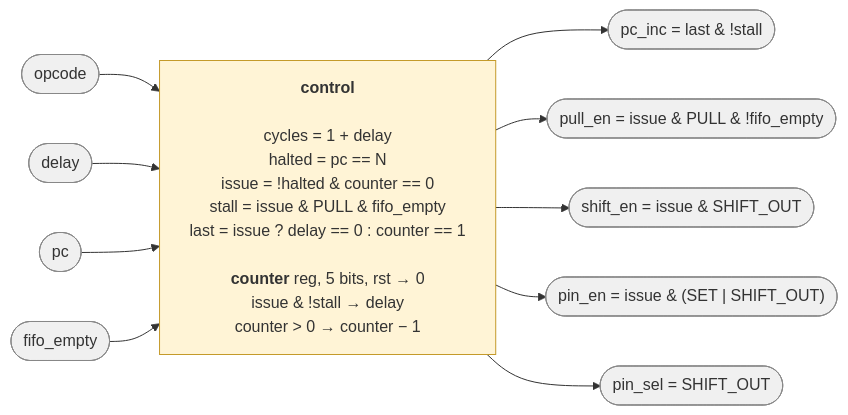
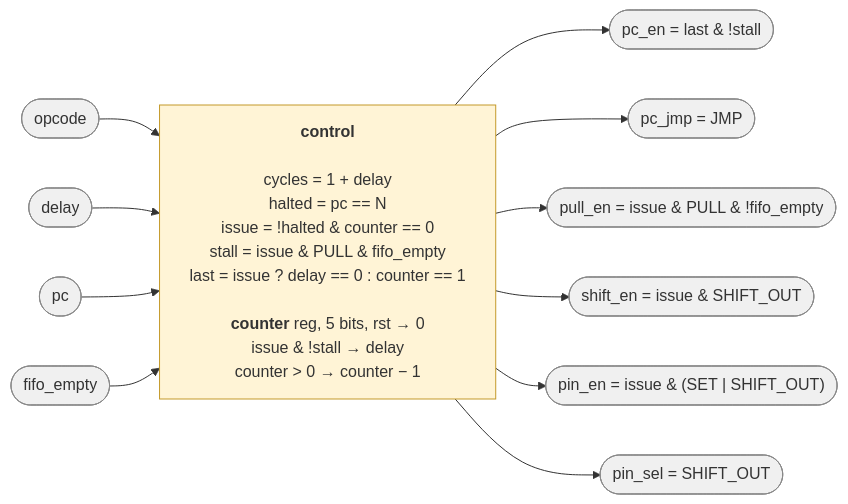
The diagram in docs/control.mmd (cshieldsce/smallcore), drawn with Mermaid before and after one commit. The commit also changed 11 other files, not shown here.

Commit message:
update diagrams for jmp

```diff
--- a/docs/control.mmd
+++ b/docs/control.mmd
@@ -1,30 +1,32 @@
 %%{init: {"flowchart": {"wrappingWidth": 420}}}%%
 %% The control block: what it reads, what it computes, what it drives. All combinational
 %% except the counter register. Signal names match core.svg.
 flowchart LR
   classDef sig fill:#f0f0f0,stroke:#888
   classDef reg fill:#dbe8ff,stroke:#4a6fa5
   classDef comb fill:#fff4d6,stroke:#c49a2a
 
   OPC(["opcode"]):::sig
   DLY(["delay"]):::sig
   PCV(["pc"]):::sig
   EMP(["fifo_empty"]):::sig
 
   CU["<b>control</b><br/><br/>cycles = 1 + delay<br/>halted = pc == N<br/>issue = !halted & counter == 0<br/>stall = issue & PULL & fifo_empty<br/>last = issue ? delay == 0 : counter == 1<br/><br/><b>counter</b> reg, 5 bits, rst → 0<br/>issue & !stall → delay<br/>counter > 0 → counter − 1"]:::comb
 
-  PCI(["pc_inc = last & !stall"]):::sig
+  PCI(["pc_en = last & !stall"]):::sig
+  PCJ(["pc_jmp = JMP"]):::sig
   PLE(["pull_en = issue & PULL & !fifo_empty"]):::sig
   SHE(["shift_en = issue & SHIFT_OUT"]):::sig
   PNE(["pin_en = issue & (SET | SHIFT_OUT)"]):::sig
   PNS(["pin_sel = SHIFT_OUT"]):::sig
 
   OPC --> CU
   DLY --> CU
   PCV --> CU
   EMP --> CU
   CU --> PCI
+  CU --> PCJ
   CU --> PLE
   CU --> SHE
   CU --> PNE
   CU --> PNS
```
